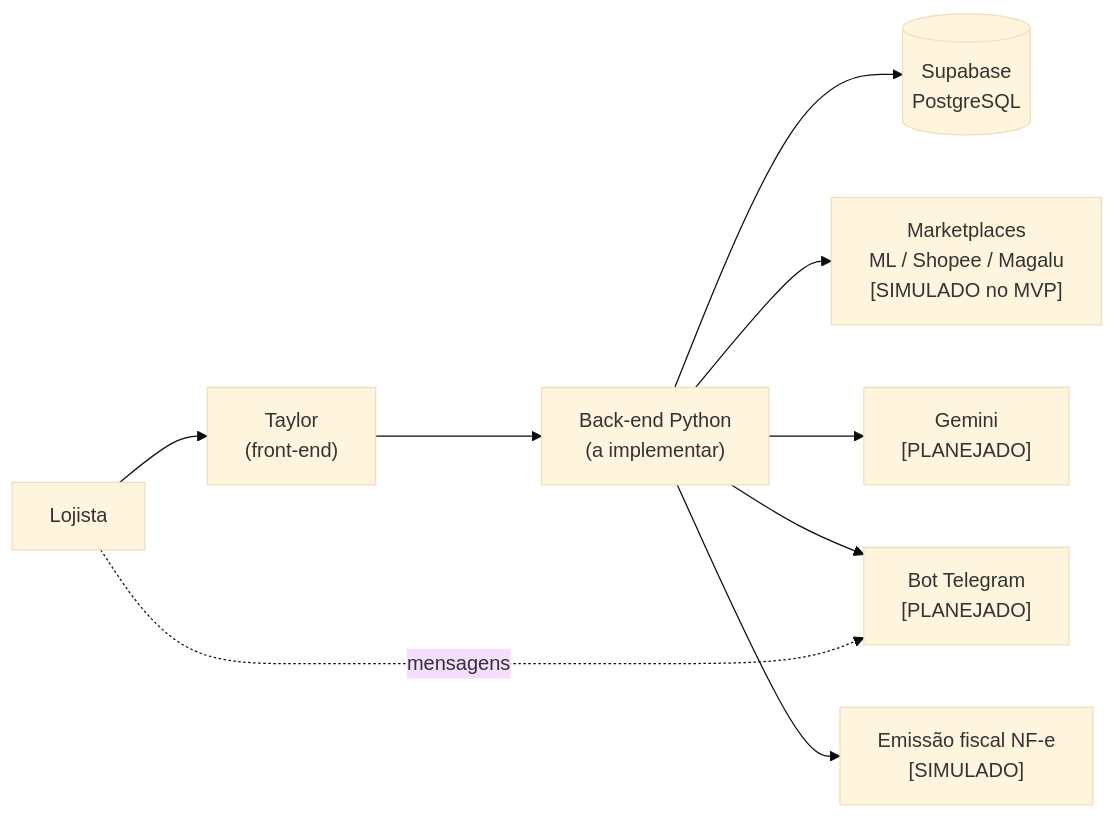
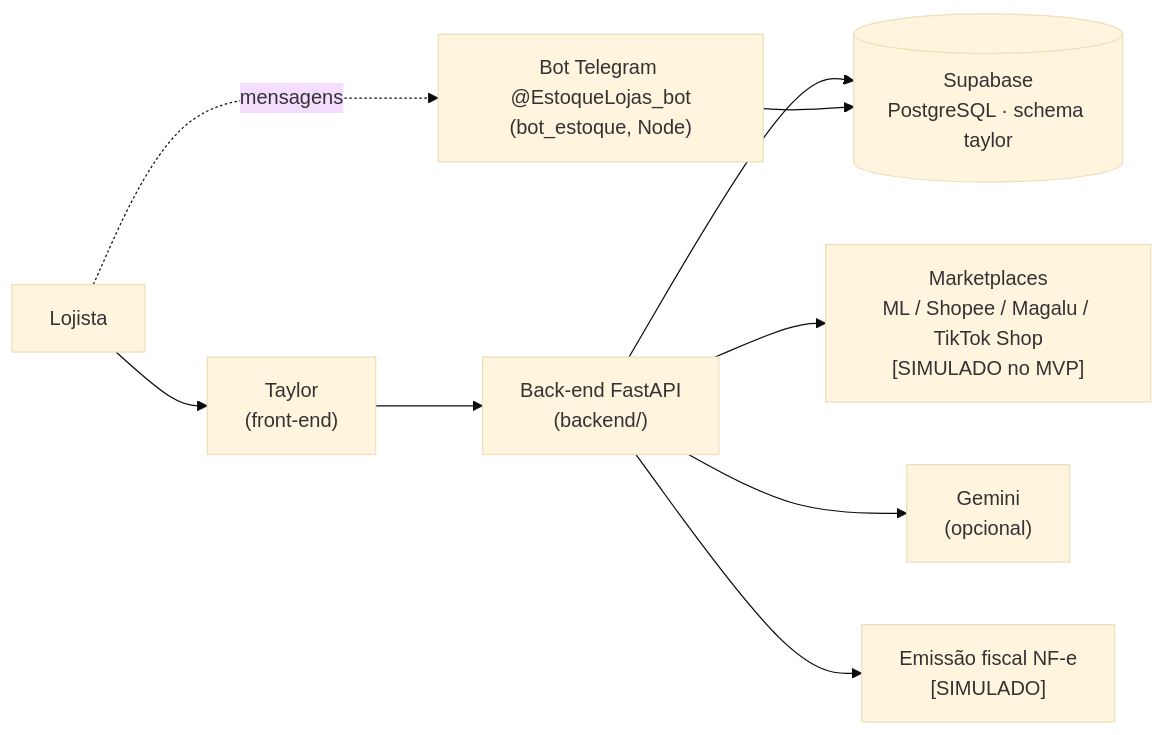
Before and after one commit to Isabelly0007/Hackathonicos: the diagram in README.md, drawn with Mermaid (base theme). The commit also changed other lines of this file and 12 other files, not shown here.

````diff
--- a/README.md
+++ b/README.md
@@ -30,11 +30,11 @@
 ```mermaid
 flowchart LR
     L["Lojista"] --> T["Taylor<br/>(front-end)"]
-    T --> B["Back-end Python<br/>(a implementar)"]
-    B --> DB[("Supabase<br/>PostgreSQL")]
-    B --> MK["Marketplaces<br/>ML / Shopee / Magalu<br/>[SIMULADO no MVP]"]
-    B --> IA["Gemini<br/>[PLANEJADO]"]
-    B --> TG["Bot Telegram<br/>[PLANEJADO]"]
+    T --> B["Back-end FastAPI<br/>(backend/)"]
+    B --> DB[("Supabase<br/>PostgreSQL · schema taylor")]
+    B --> MK["Marketplaces<br/>ML / Shopee / Magalu / TikTok Shop<br/>[SIMULADO no MVP]"]
+    B --> IA["Gemini<br/>(opcional)"]
     B --> NF["Emissão fiscal NF-e<br/>[SIMULADO]"]
-    L -. "mensagens" .-> TG
+    L -. "mensagens" .-> TG["Bot Telegram @EstoqueLojas_bot<br/>(bot_estoque, Node)"]
+    TG --> DB
 ```
````
